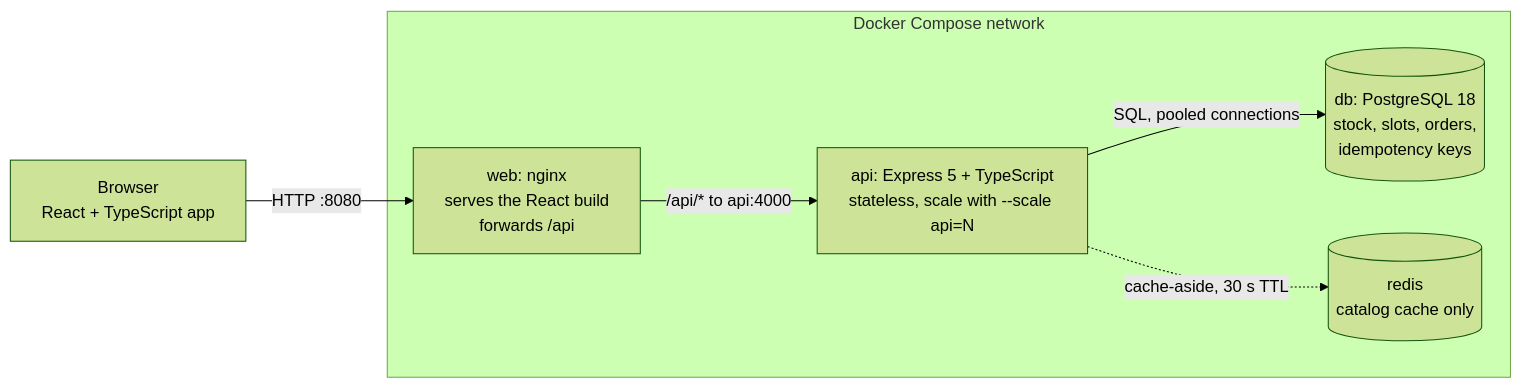
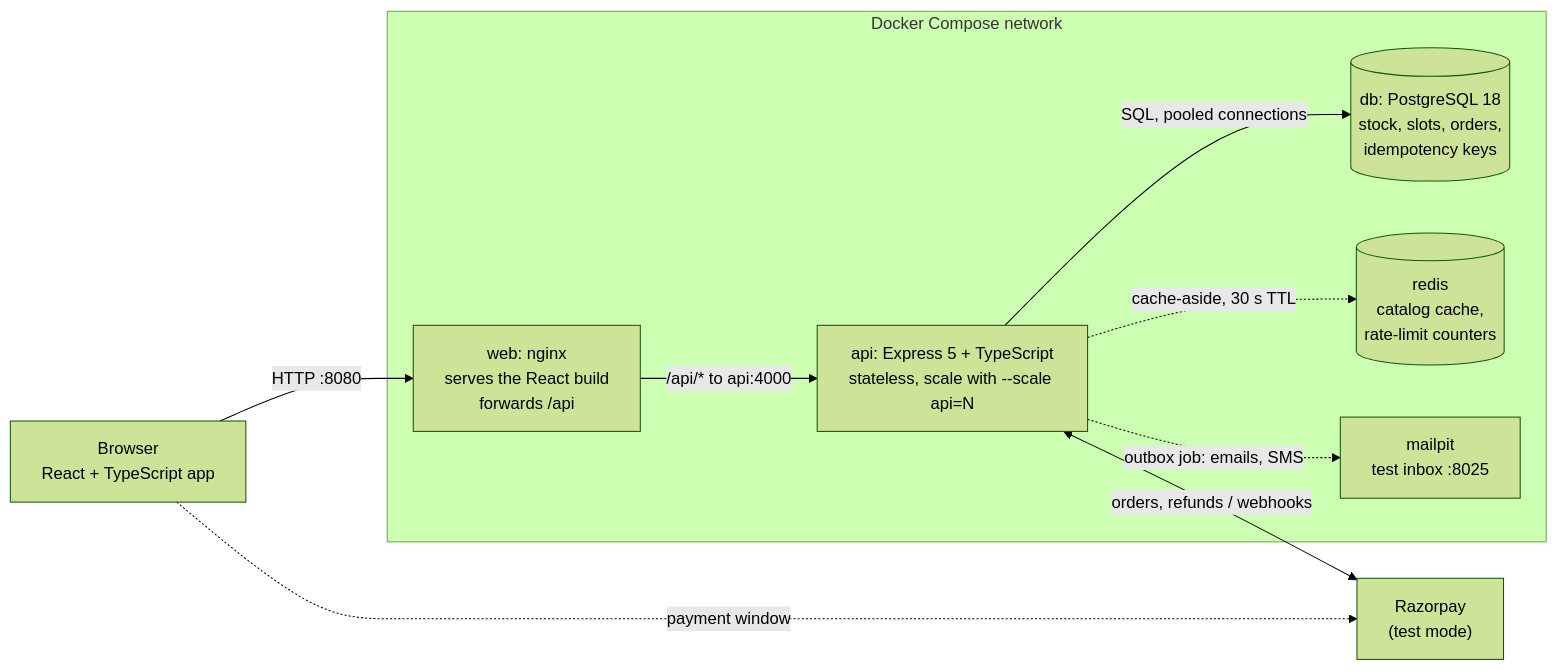
Before and after one commit to revant123/quickkart: the second of 6 diagrams in docs/architecture.md, drawn with Mermaid (forest theme). The commit also changed other lines of this file and 34 other files, not shown here.

````diff
--- a/docs/architecture.md
+++ b/docs/architecture.md
@@ -24,14 +24,19 @@
 ```mermaid
 flowchart LR
   browser["Browser<br/>React + TypeScript app"]
   subgraph compose["Docker Compose network"]
     web["web: nginx<br/>serves the React build<br/>forwards /api"]
     api["api: Express 5 + TypeScript<br/>stateless, scale with --scale api=N"]
     db[("db: PostgreSQL 18<br/>stock, slots, orders,<br/>idempotency keys")]
-    redis[("redis<br/>catalog cache only")]
+    redis[("redis<br/>catalog cache,<br/>rate-limit counters")]
+    mailpit["mailpit<br/>test inbox :8025"]
   end
+  razorpay["Razorpay<br/>(test mode)"]
   browser -->|"HTTP :8080"| web
   web -->|"/api/* to api:4000"| api
   api -->|"SQL, pooled connections"| db
   api -.->|"cache-aside, 30 s TTL"| redis
+  api -.->|"outbox job: emails, SMS"| mailpit
+  api <-->|"orders, refunds / webhooks"| razorpay
+  browser -.->|"payment window"| razorpay
 ```
````
